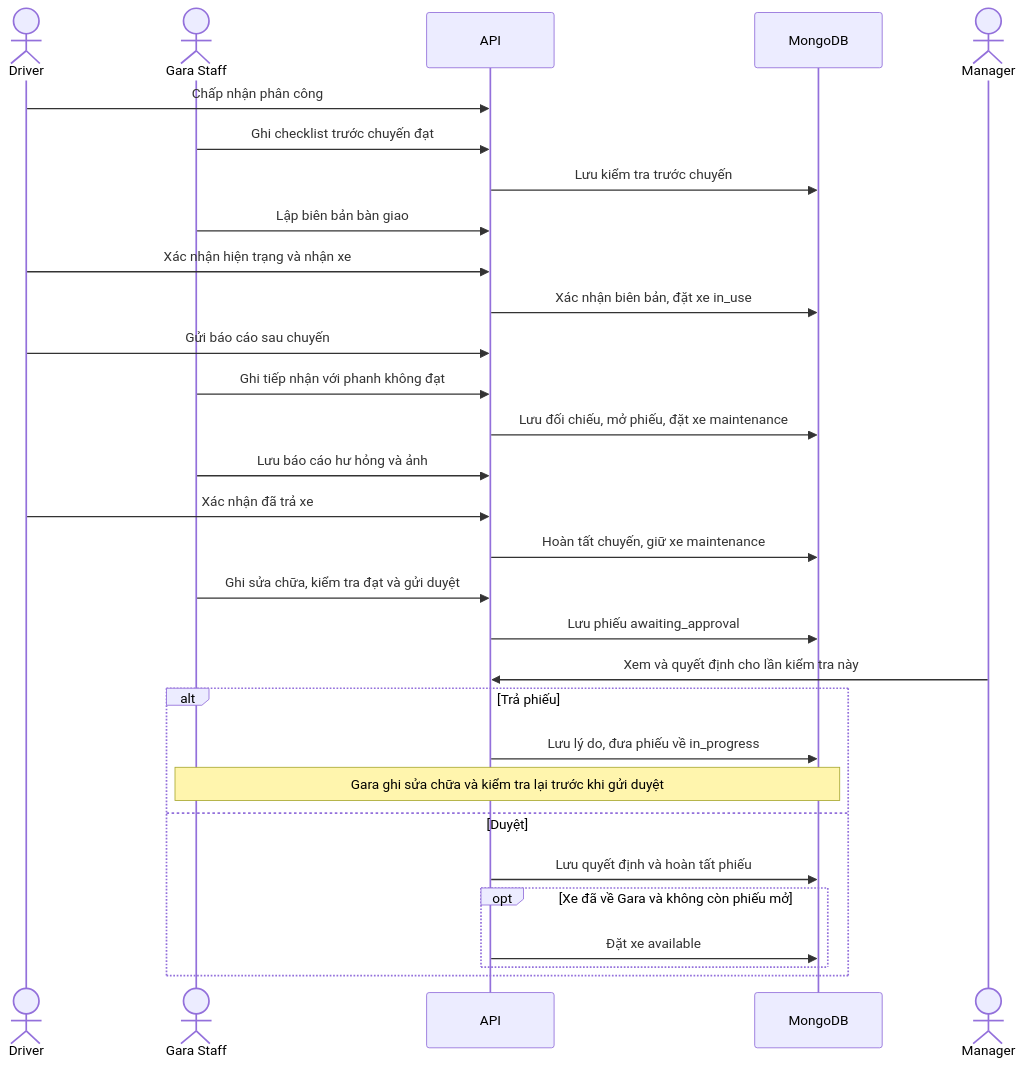
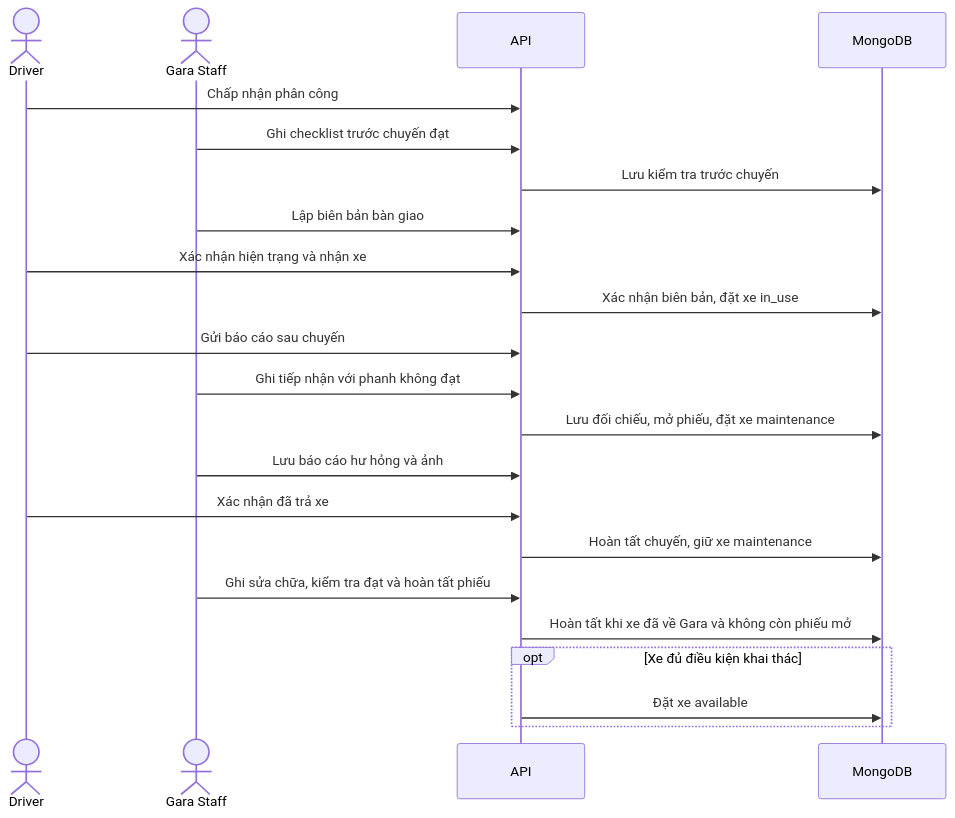
One commit to giapCX/WDP301_Group_5_SE1937_NJ changed the second of 2 diagrams in FE/src/features/garage/README.md. Above: the diagram before and after it, drawn with Mermaid. The commit also changed other lines of this file and 148 other files, not shown here.

````diff
--- a/FE/src/features/garage/README.md
+++ b/FE/src/features/garage/README.md
@@ -52,33 +48,25 @@
 ```mermaid
 sequenceDiagram
     actor Driver
     actor Gara as Gara Staff
     participant API
     participant DB as MongoDB
-    actor Manager
 
     Driver->>API: Chấp nhận phân công
     Gara->>API: Ghi checklist trước chuyến đạt
     API->>DB: Lưu kiểm tra trước chuyến
     Gara->>API: Lập biên bản bàn giao
     Driver->>API: Xác nhận hiện trạng và nhận xe
     API->>DB: Xác nhận biên bản, đặt xe in_use
     Driver->>API: Gửi báo cáo sau chuyến
     Gara->>API: Ghi tiếp nhận với phanh không đạt
     API->>DB: Lưu đối chiếu, mở phiếu, đặt xe maintenance
     Gara->>API: Lưu báo cáo hư hỏng và ảnh
     Driver->>API: Xác nhận đã trả xe
     API->>DB: Hoàn tất chuyến, giữ xe maintenance
-    Gara->>API: Ghi sửa chữa, kiểm tra đạt và gửi duyệt
-    API->>DB: Lưu phiếu awaiting_approval
-    Manager->>API: Xem và quyết định cho lần kiểm tra này
-    alt Trả phiếu
-        API->>DB: Lưu lý do, đưa phiếu về in_progress
-        Note over Gara,DB: Gara ghi sửa chữa và kiểm tra lại trước khi gửi duyệt
-    else Duyệt
-        API->>DB: Lưu quyết định và hoàn tất phiếu
-        opt Xe đã về Gara và không còn phiếu mở
-            API->>DB: Đặt xe available
-        end
+    Gara->>API: Ghi sửa chữa, kiểm tra đạt và hoàn tất phiếu
+    API->>DB: Hoàn tất khi xe đã về Gara và không còn phiếu mở
+    opt Xe đủ điều kiện khai thác
+        API->>DB: Đặt xe available
     end
 ```
````
